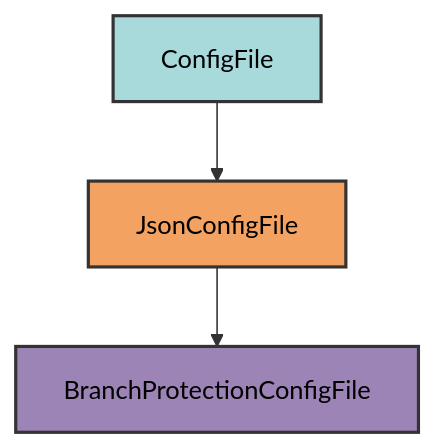
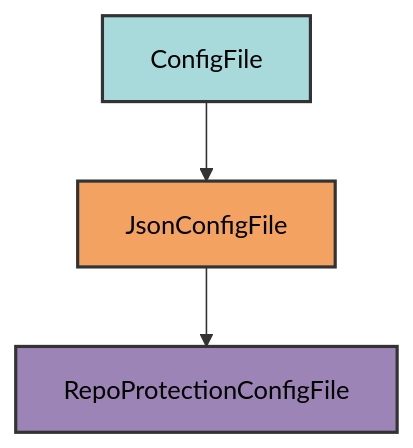
One commit to Winipedia/pyrig changed the diagram in docs/configs/branch_protection.md. Above: the diagram before and after it, drawn with Mermaid. The commit also changed other lines of this file and 2 other files, not shown here.

````diff
--- a/docs/configs/branch_protection.md
+++ b/docs/configs/branch_protection.md
@@ -20,9 +20,9 @@
 ```mermaid
 graph TD
     A[ConfigFile] --> B[JsonConfigFile]
-    B --> C[BranchProtectionConfigFile]
+    B --> C[RepoProtectionConfigFile]
 
     style A fill:#a8dadc,stroke:#333,stroke-width:2px,color:#000
     style B fill:#f4a261,stroke:#333,stroke-width:2px,color:#000
     style C fill:#9d84b7,stroke:#333,stroke-width:2px,color:#000
 ```
````
